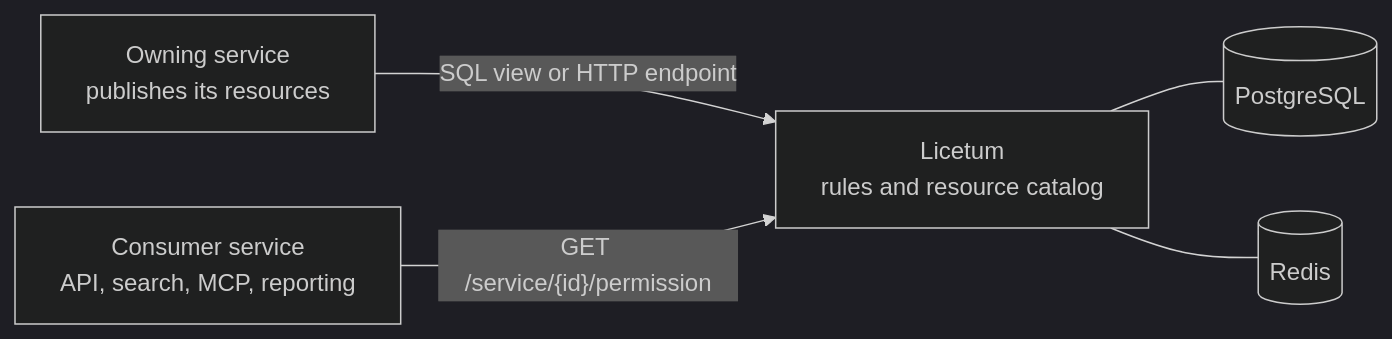
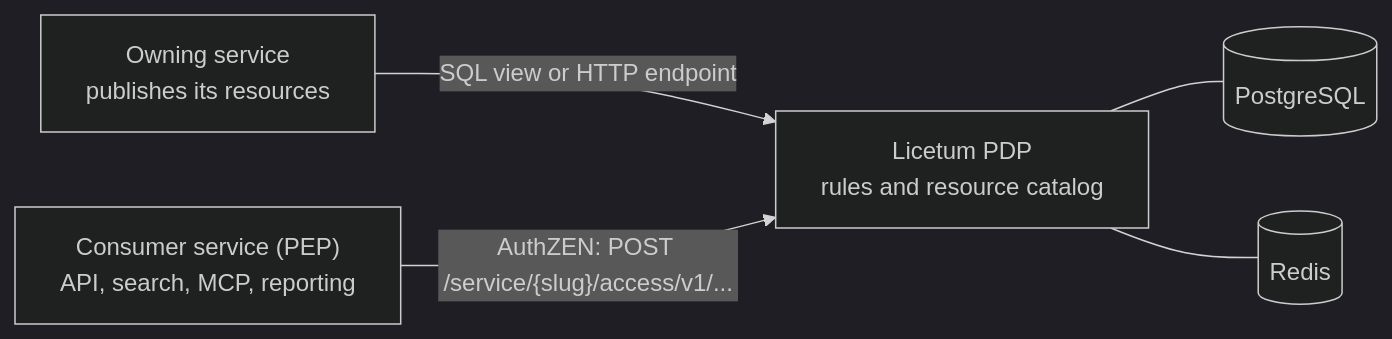
The diagram in README.md (Licetum/licetum), drawn with Mermaid (dark theme) before and after one commit. The commit also changed other lines of this file and 143 other files, not shown here.

````diff
--- a/README.md
+++ b/README.md
@@ -37,12 +37,12 @@
 ```mermaid
 flowchart LR
   S["Owning service<br/>publishes its resources"]
-  C["Consumer service<br/>API, search, MCP, reporting"]
-  L["Licetum<br/>rules and resource catalog"]
+  C["Consumer service (PEP)<br/>API, search, MCP, reporting"]
+  L["Licetum PDP<br/>rules and resource catalog"]
   DB[(PostgreSQL)]
   R[(Redis)]
   S -- "SQL view or HTTP endpoint" --> L
-  C -- "GET /service/{id}/permission" --> L
+  C -- "AuthZEN: POST /service/{slug}/access/v1/..." --> L
   L --- DB
   L --- R
 ```
````
